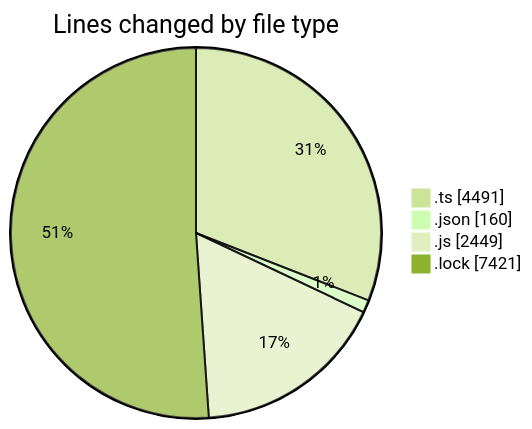
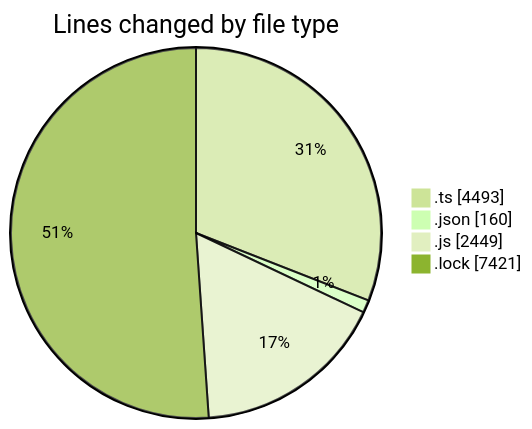
The first of 2 diagrams in 2025-07-30/cda/README.md (momahboobian/code-tracking), drawn with Mermaid (forest theme) before and after one commit. The commit also changed other lines of this file and 1 other file, not shown here.

````diff
--- a/2025-07-30/cda/README.md
+++ b/2025-07-30/cda/README.md
@@ -31,8 +31,8 @@
 ```mermaid
 pie showData
 title Lines changed by file type
-".ts" : 4491
+".ts" : 4493
 ".json" : 160
 ".js" : 2449
 ".lock" : 7421
 ```
````
